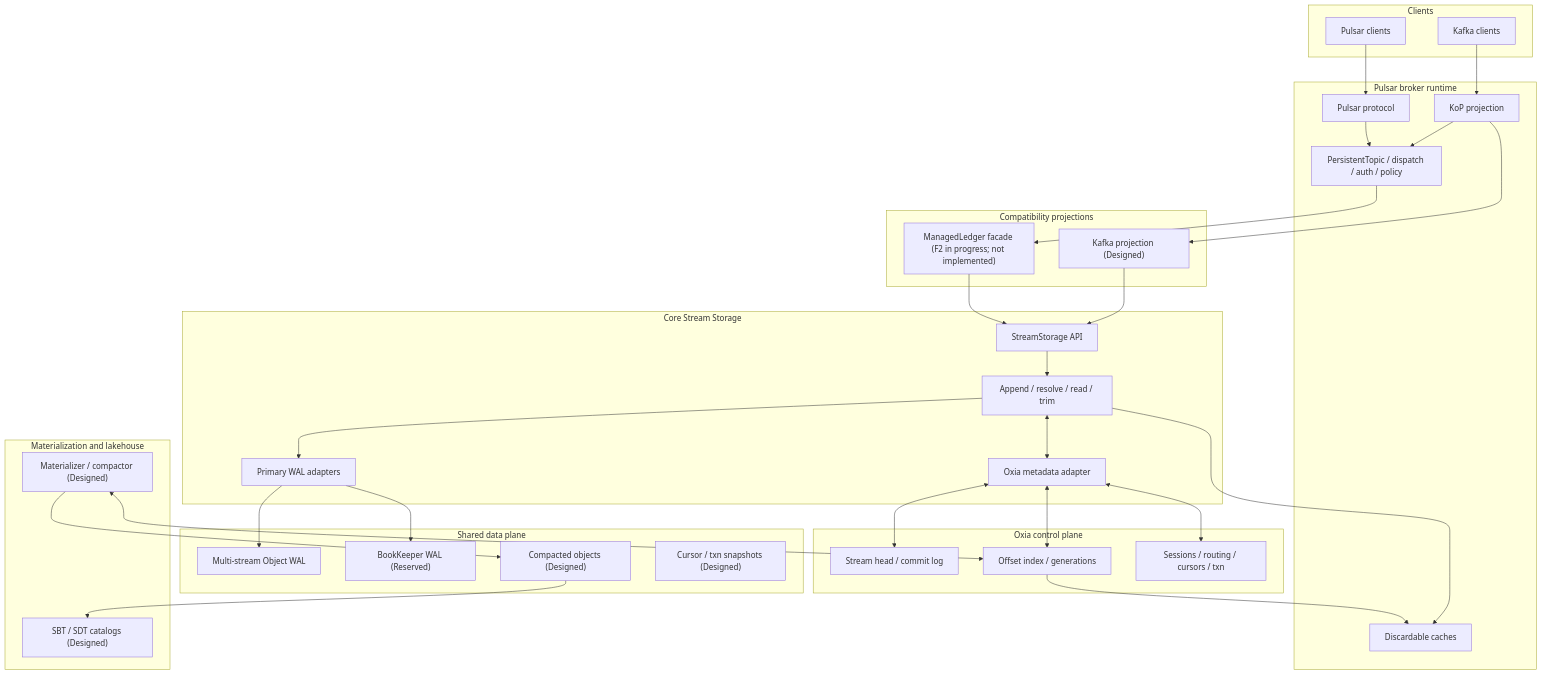
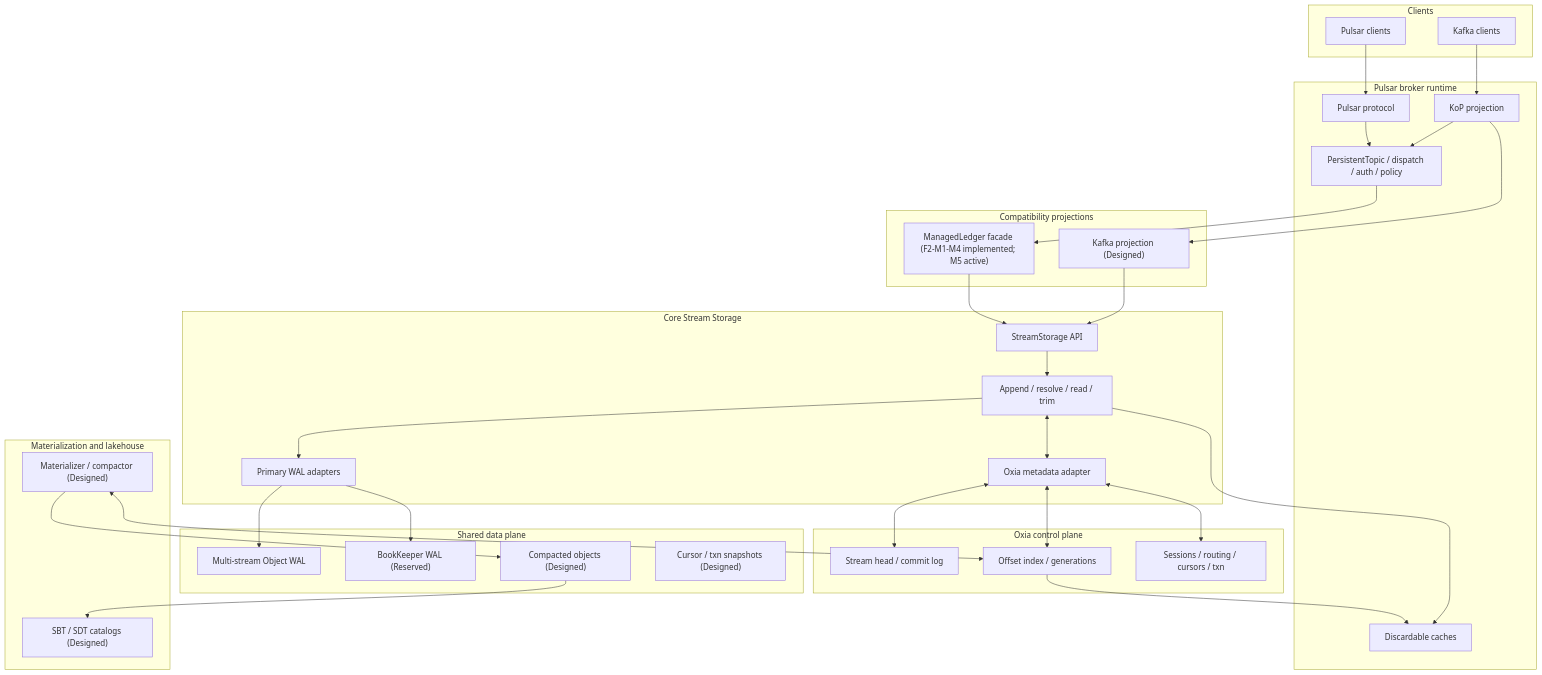
One commit to nereusstream/nereus changed the first of 2 diagrams in docs/design/nereus-overall-architecture.md. Above: the diagram before and after it, drawn with Mermaid. The commit also changed other lines of this file and 5 other files, not shown here.

````diff
--- a/docs/design/nereus-overall-architecture.md
+++ b/docs/design/nereus-overall-architecture.md
@@ -192,56 +194,56 @@
 ```mermaid
 flowchart TB
     subgraph Clients["Clients"]
         PC["Pulsar clients"]
         KC["Kafka clients"]
     end
     subgraph Broker["Pulsar broker runtime"]
         PP["Pulsar protocol"]
         KoP["KoP projection"]
         Runtime["PersistentTopic / dispatch / auth / policy"]
         Cache["Discardable caches"]
     end
     subgraph Adapters["Compatibility projections"]
-        MLF["ManagedLedger facade (F2 in progress; not implemented)"]
+        MLF["ManagedLedger facade (F2-M1-M4 implemented; M5 active)"]
         KAF["Kafka projection (Designed)"]
     end
     subgraph L0["Core Stream Storage"]
         API["StreamStorage API"]
         Core["Append / resolve / read / trim"]
         Meta["Oxia metadata adapter"]
         Wal["Primary WAL adapters"]
     end
     subgraph Data["Shared data plane"]
         OW["Multi-stream Object WAL"]
         BK["BookKeeper WAL (Reserved)"]
         CO["Compacted objects (Designed)"]
         Snap["Cursor / txn snapshots (Designed)"]
     end
     subgraph Control["Oxia control plane"]
         Head["Stream head / commit log"]
         Index["Offset index / generations"]
         Coord["Sessions / routing / cursors / txn"]
     end
     subgraph L3["Materialization and lakehouse"]
         Mat["Materializer / compactor (Designed)"]
         Cat["SBT / SDT catalogs (Designed)"]
     end
 
     PC --> PP --> Runtime
     KC --> KoP --> Runtime
     Runtime --> MLF --> API
     KoP --> KAF --> API
     API --> Core
     Core <--> Meta
     Core --> Wal
     Meta <--> Head
     Meta <--> Index
     Meta <--> Coord
     Wal --> OW
     Wal --> BK
     Index --> Cache
     Mat --> CO
     Mat <--> Index
     CO --> Cat
     Core --> Cache
 ```
````
